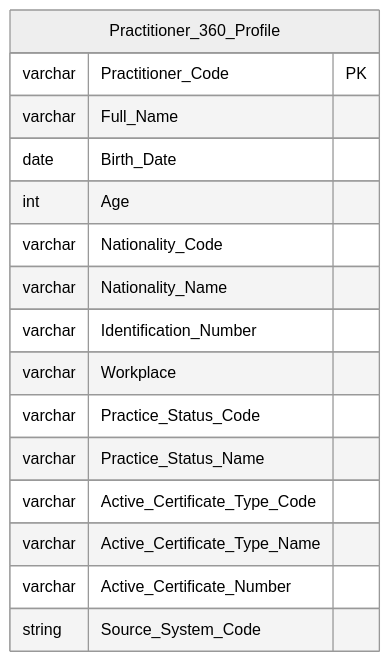
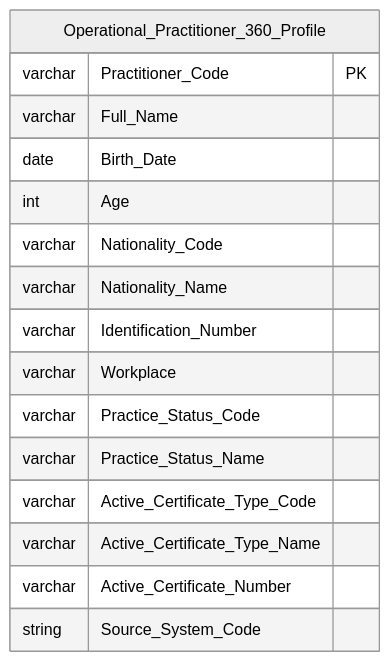
One commit to linhlvit/ubck_atomic_design changed diagram 22 of 40 in Datamart/hld/DTM_NHNCK_HLD.md. Above: the diagram before and after it, drawn with Mermaid (neutral theme). The commit also changed other lines of this file and 52 other files, not shown here.

````diff
--- a/Datamart/hld/DTM_NHNCK_HLD.md
+++ b/Datamart/hld/DTM_NHNCK_HLD.md
@@ -953,20 +953,20 @@
 ```mermaid
 erDiagram
-    Practitioner_360_Profile {
+    Operational_Practitioner_360_Profile {
         varchar Practitioner_Code PK
         varchar Full_Name
         date Birth_Date
         int Age
         varchar Nationality_Code
         varchar Nationality_Name
         varchar Identification_Number
         varchar Workplace
         varchar Practice_Status_Code
         varchar Practice_Status_Name
         varchar Active_Certificate_Type_Code
         varchar Active_Certificate_Type_Name
         varchar Active_Certificate_Number
         string Source_System_Code
 
     }
 ```
````
